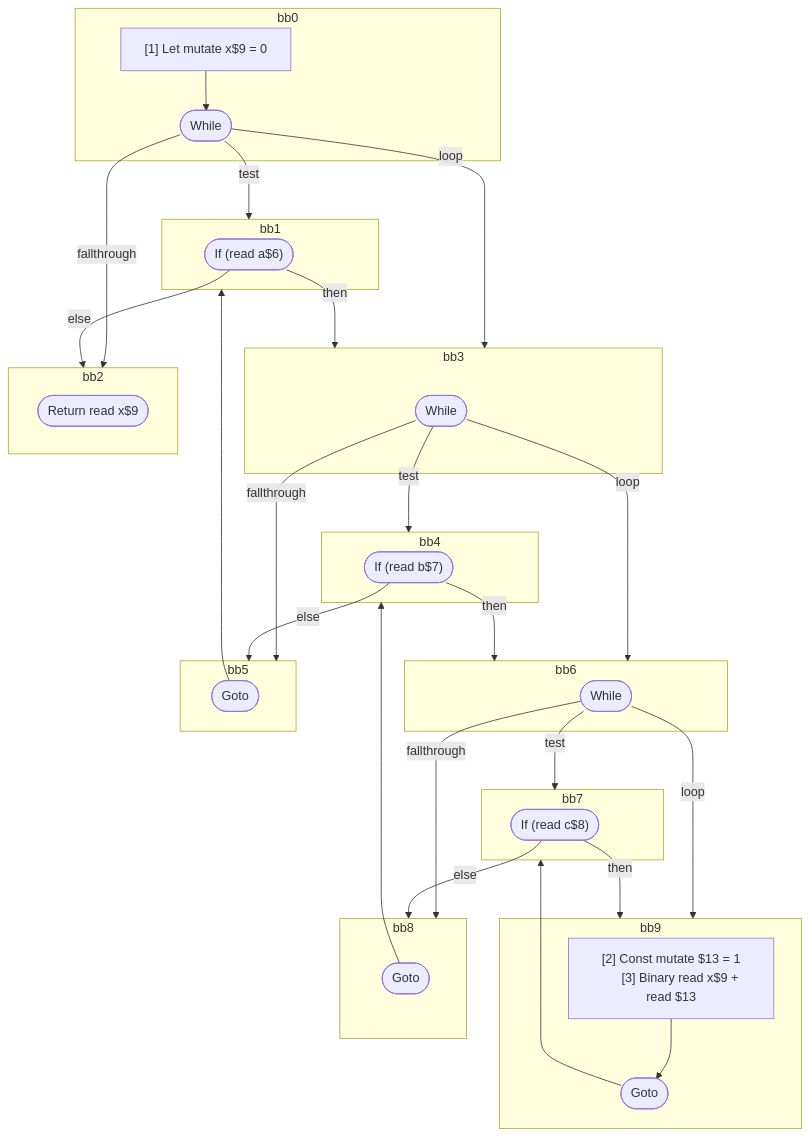
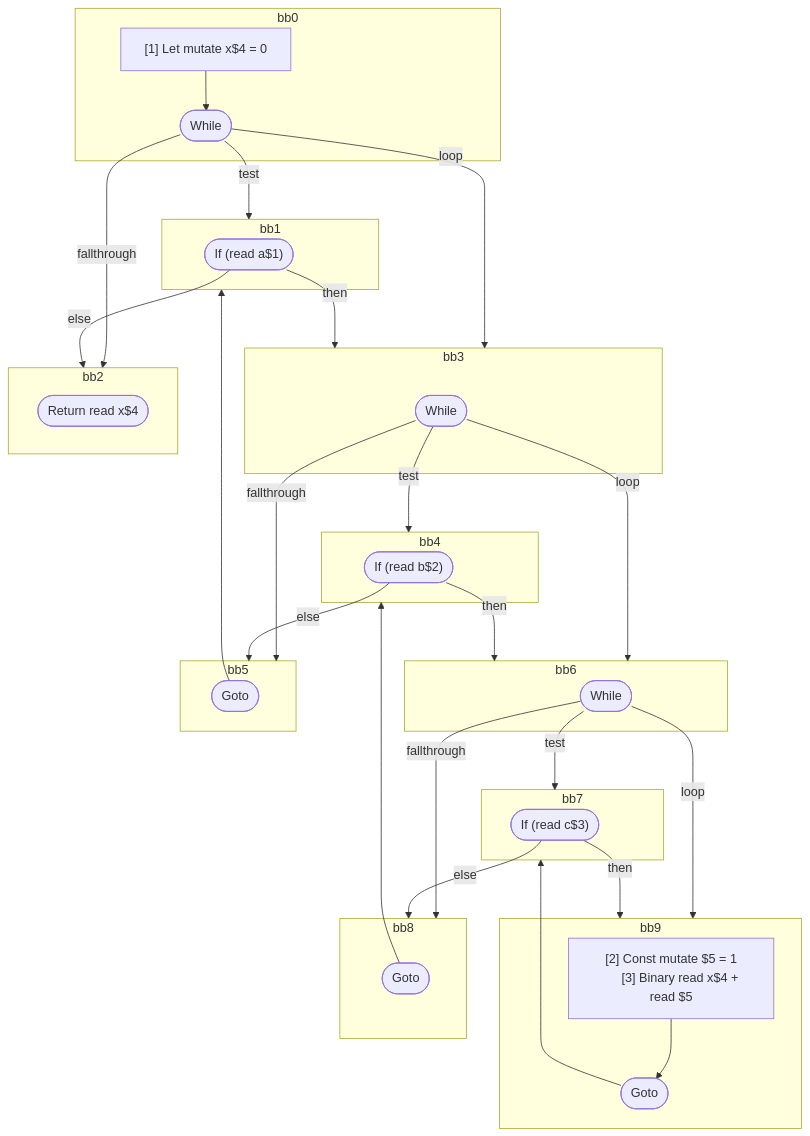
One commit to wutsmog/private changed the diagram in compiler/forget/src/__tests__/fixtures/hir/ssa-nested-loops-no-reassign.expect.md. Above: the diagram before and after it, drawn with Mermaid. The commit also changed other lines of this file and 57 other files, not shown here.

````diff
--- a/compiler/forget/src/__tests__/fixtures/hir/ssa-nested-loops-no-reassign.expect.md
+++ b/compiler/forget/src/__tests__/fixtures/hir/ssa-nested-loops-no-reassign.expect.md
@@ -59,62 +59,62 @@
 ```mermaid
 flowchart TB
   %% Basic Blocks
   subgraph bb0
     bb0_instrs["
-      [1] Let mutate x$9 = 0
+      [1] Let mutate x$4 = 0
     "]
     bb0_instrs --> bb0_terminal(["While"])
   end
   subgraph bb1
-    bb1_terminal(["If (read a$6)"])
+    bb1_terminal(["If (read a$1)"])
   end
   subgraph bb3
     bb3_terminal(["While"])
   end
   subgraph bb4
-    bb4_terminal(["If (read b$7)"])
+    bb4_terminal(["If (read b$2)"])
   end
   subgraph bb6
     bb6_terminal(["While"])
   end
   subgraph bb7
-    bb7_terminal(["If (read c$8)"])
+    bb7_terminal(["If (read c$3)"])
   end
   subgraph bb9
     bb9_instrs["
-      [2] Const mutate $13 = 1
-      [3] Binary read x$9 + read $13
+      [2] Const mutate $5 = 1
+      [3] Binary read x$4 + read $5
     "]
     bb9_instrs --> bb9_terminal(["Goto"])
   end
   subgraph bb8
     bb8_terminal(["Goto"])
   end
   subgraph bb5
     bb5_terminal(["Goto"])
   end
   subgraph bb2
-    bb2_terminal(["Return read x$9"])
+    bb2_terminal(["Return read x$4"])
   end
 
   %% Jumps
   bb0_terminal -- test --> bb1
   bb0_terminal -- loop --> bb3
   bb0_terminal -- fallthrough --> bb2
   bb1_terminal -- then --> bb3
   bb1_terminal -- else --> bb2
   bb3_terminal -- test --> bb4
   bb3_terminal -- loop --> bb6
   bb3_terminal -- fallthrough --> bb5
   bb4_terminal -- then --> bb6
   bb4_terminal -- else --> bb5
   bb6_terminal -- test --> bb7
   bb6_terminal -- loop --> bb9
   bb6_terminal -- fallthrough --> bb8
   bb7_terminal -- then --> bb9
   bb7_terminal -- else --> bb8
   bb9_terminal --> bb7
   bb8_terminal --> bb4
   bb5_terminal --> bb1
 
 ```
````
